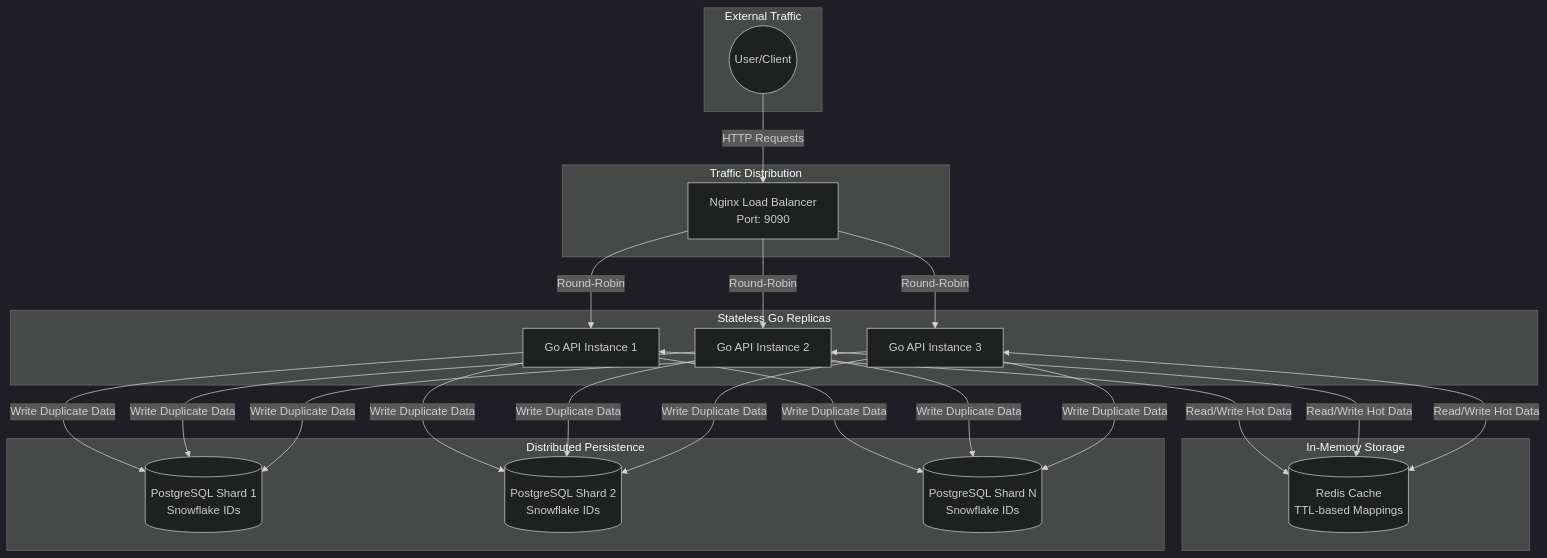
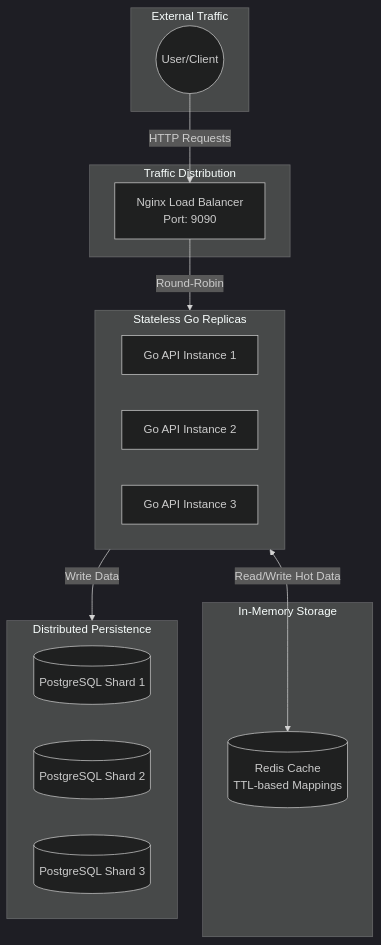
The diagram in README.md (DrinkingWater64/shourty-url-shortener), drawn with Mermaid (dark theme) before and after one commit.

````diff
--- a/README.md
+++ b/README.md
@@ -18,37 +18,35 @@
 ```mermaid
 graph TD
     subgraph Public_Internet [External Traffic]
         User((User/Client))
     end
 
     subgraph Load_Balancing [Traffic Distribution]
         LB[Nginx Load Balancer<br/>Port: 9090]
     end
 
     subgraph API_Layer [Stateless Go Replicas]
         API1[Go API Instance 1]
         API2[Go API Instance 2]
         API3[Go API Instance 3]
     end
 
     subgraph Caching_Layer [In-Memory Storage]
         Redis[(Redis Cache<br/>TTL-based Mappings)]
     end
 
     subgraph Storage_Layer [Distributed Persistence]
-        PG_Shard1[(PostgreSQL Shard 1<br/>Snowflake IDs)]
-        PG_Shard2[(PostgreSQL Shard 2<br/>Snowflake IDs)]
-        PG_ShardN[(PostgreSQL Shard N<br/>Snowflake IDs)]
+        PG_Shard1[(PostgreSQL Shard 1)]
+        PG_Shard2[(PostgreSQL Shard 2)]
+        PG_ShardN[(PostgreSQL Shard 3)]
     end
 
     %% Connections
     User -->|HTTP Requests| LB
-    LB -->|Round-Robin| API1
-    LB -->|Round-Robin| API2
-    LB -->|Round-Robin| API3
+    LB -->|Round-Robin| API_Layer 
 
-    API1 & API2 & API3 <-->|Read/Write Hot Data| Redis
-    API1 & API2 & API3 -->|Write Duplicate Data| PG_Shard1
-    API1 & API2 & API3 -->|Write Duplicate Data| PG_Shard2
-    API1 & API2 & API3 -->|Write Duplicate Data| PG_ShardN
+
+    API_Layer <-->|Read/Write Hot Data| Redis
+    API_Layer -->|Write Data| Storage_Layer
+
 ```
````
